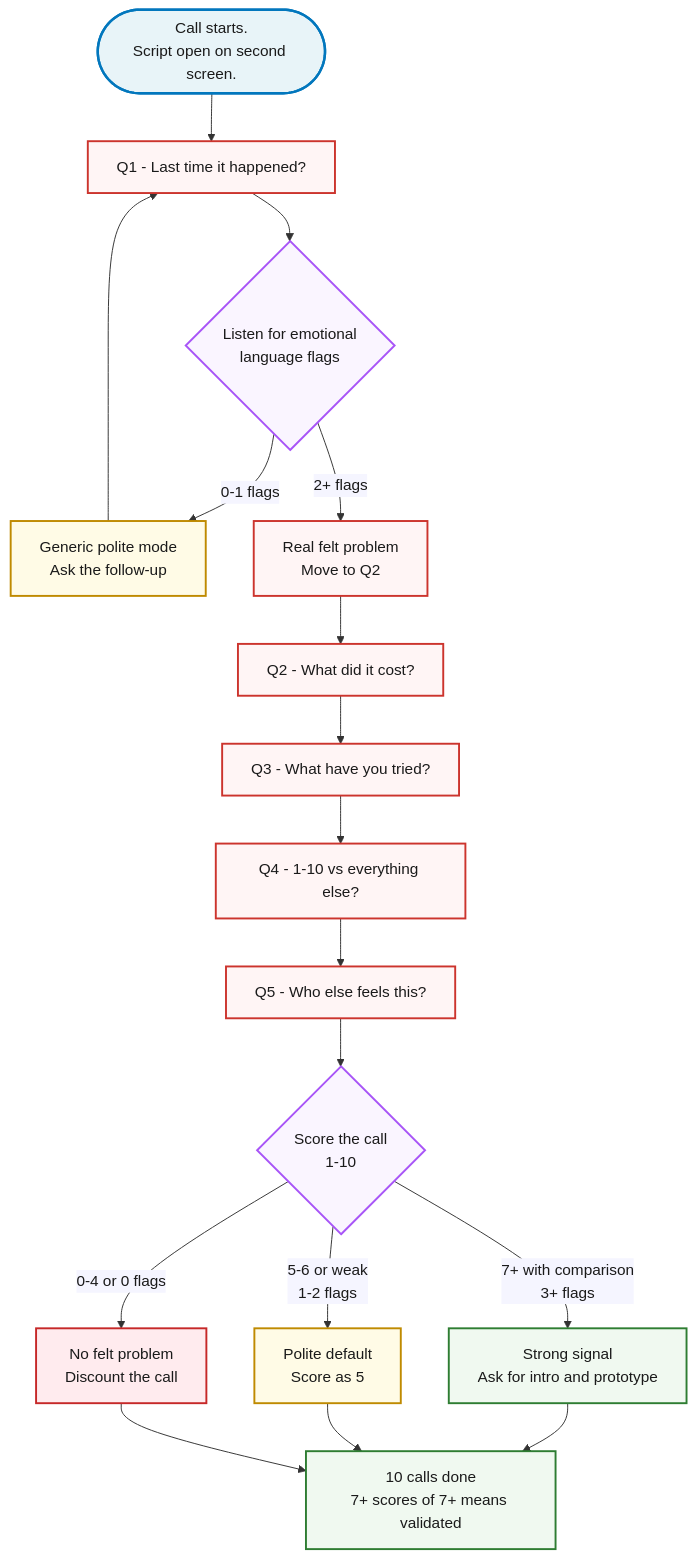
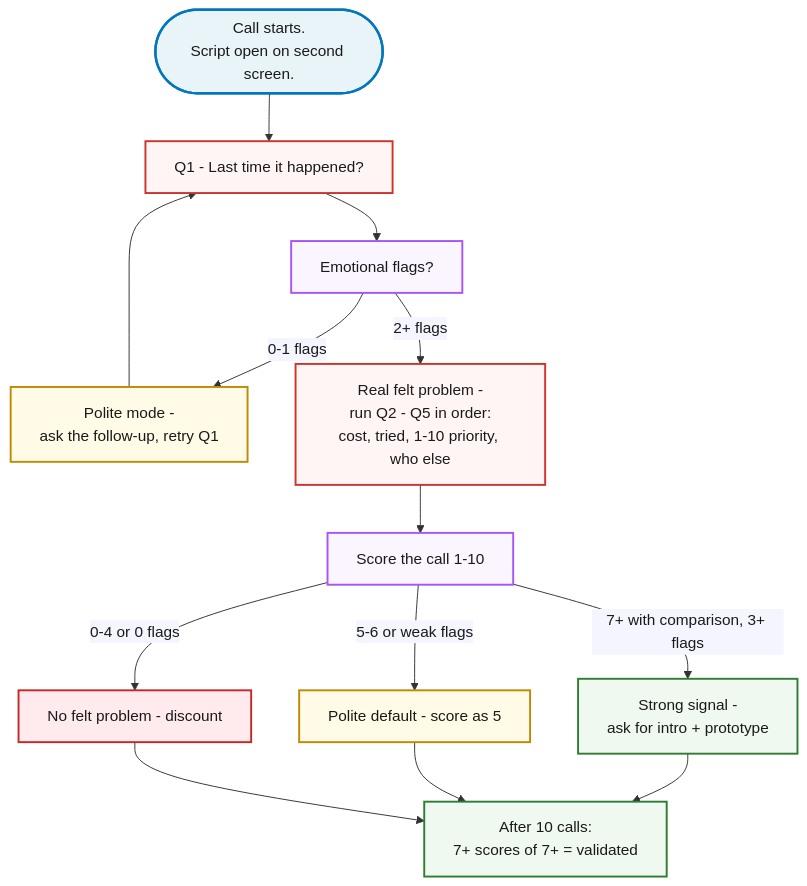
Before and after one commit to jetthoughts/jetthoughts.github.io: the diagram in content/course/tech-for-non-technical-founders-2026/mom-test-ask-about-past-not-future/index.md, drawn with Mermaid. The commit also changed other lines of this file and 17 other files, not shown here.

First line of the commit message:
fix(course): resolve all 65 fan-out findings (40.14) + compress interview-flow diagram

````diff
--- a/content/course/tech-for-non-technical-founders-2026/mom-test-ask-about-past-not-future/index.md
+++ b/content/course/tech-for-non-technical-founders-2026/mom-test-ask-about-past-not-future/index.md
@@ -129,35 +129,31 @@
 ```mermaid
 %%{init: {'theme':'base', 'themeVariables': {'fontFamily':'Caveat, Patrick Hand, cursive', 'primaryColor':'#fff5f5', 'primaryBorderColor':'#cc342d', 'lineColor':'#333', 'primaryTextColor':'#1a1a1a'}}}%%
 flowchart TD
     Start(["Call starts.<br/>Script open on second screen."])
     Start --> Q1[Q1 - Last time it happened?]
-    Q1 --> Listen{Listen for emotional<br/>language flags}
-    Listen -->|0-1 flags| Generic[Generic polite mode<br/>Ask the follow-up]
-    Listen -->|2+ flags| Real[Real felt problem<br/>Move to Q2]
+    Q1 --> Listen[Emotional flags?]
+    Listen -->|0-1 flags| Generic[Polite mode -<br/>ask the follow-up, retry Q1]
+    Listen -->|2+ flags| Rest[Real felt problem -<br/>run Q2 - Q5 in order:<br/>cost, tried, 1-10 priority, who else]
     Generic --> Q1
-    Real --> Q2[Q2 - What did it cost?]
-    Q2 --> Q3[Q3 - What have you tried?]
-    Q3 --> Q4[Q4 - 1-10 vs everything else?]
-    Q4 --> Q5[Q5 - Who else feels this?]
-    Q5 --> Score{Score the call<br/>1-10}
-    Score -->|7+ with comparison<br/>3+ flags| Validated[Strong signal<br/>Ask for intro and prototype]
-    Score -->|5-6 or weak<br/>1-2 flags| Weak[Polite default<br/>Score as 5]
-    Score -->|0-4 or 0 flags| Fail[No felt problem<br/>Discount the call]
-    Validated --> Next[10 calls done<br/>7+ scores of 7+ means validated]
+    Rest --> Score[Score the call 1-10]
+    Score -->|7+ with comparison, 3+ flags| Validated[Strong signal -<br/>ask for intro + prototype]
+    Score -->|5-6 or weak flags| Weak[Polite default - score as 5]
+    Score -->|0-4 or 0 flags| Fail[No felt problem - discount]
+    Validated --> Next[After 10 calls:<br/>7+ scores of 7+ = validated]
     Weak --> Next
     Fail --> Next
 
     classDef start fill:#e8f4f8,stroke:#0277bd,stroke-width:2.5px,color:#1a1a1a
     classDef q fill:#fff5f5,stroke:#cc342d,stroke-width:2px,color:#1a1a1a
     classDef decision fill:#faf5ff,stroke:#a855f7,stroke-width:2px,color:#1a1a1a
     classDef pass fill:#f0f9f0,stroke:#2e7d32,stroke-width:2px,color:#1a1a1a
     classDef warn fill:#fffbe6,stroke:#bf8a00,stroke-width:2px,color:#1a1a1a
     classDef fail fill:#ffebee,stroke:#c62828,stroke-width:2px,color:#1a1a1a
 
     class Start start
-    class Q1,Q2,Q3,Q4,Q5,Real q
+    class Q1,Rest q
     class Listen,Score decision
     class Validated,Next pass
     class Weak,Generic warn
     class Fail fail
 ```
````
